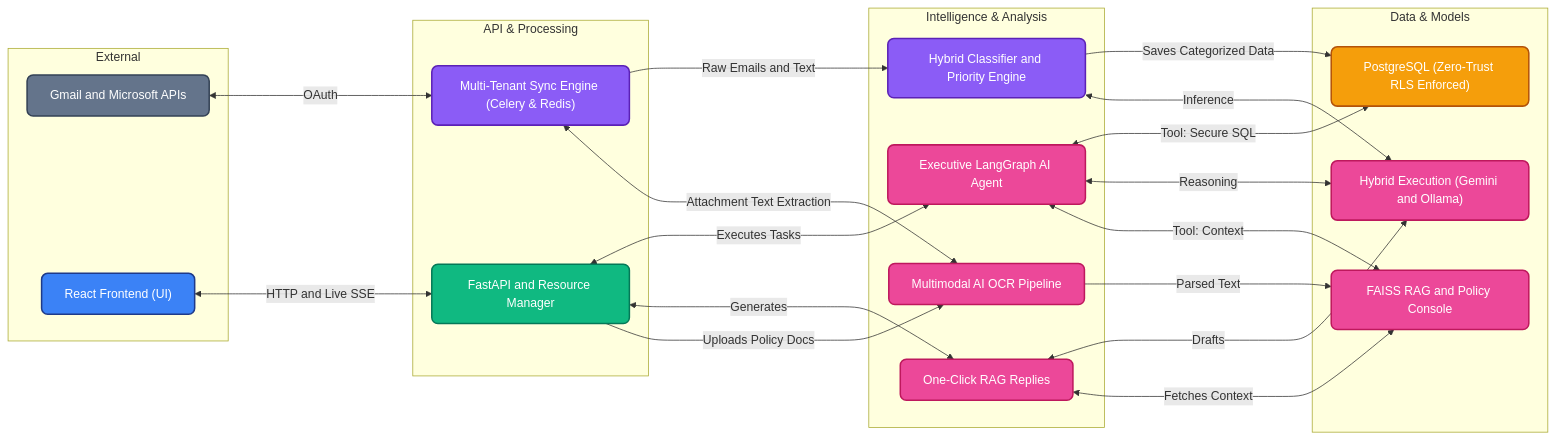
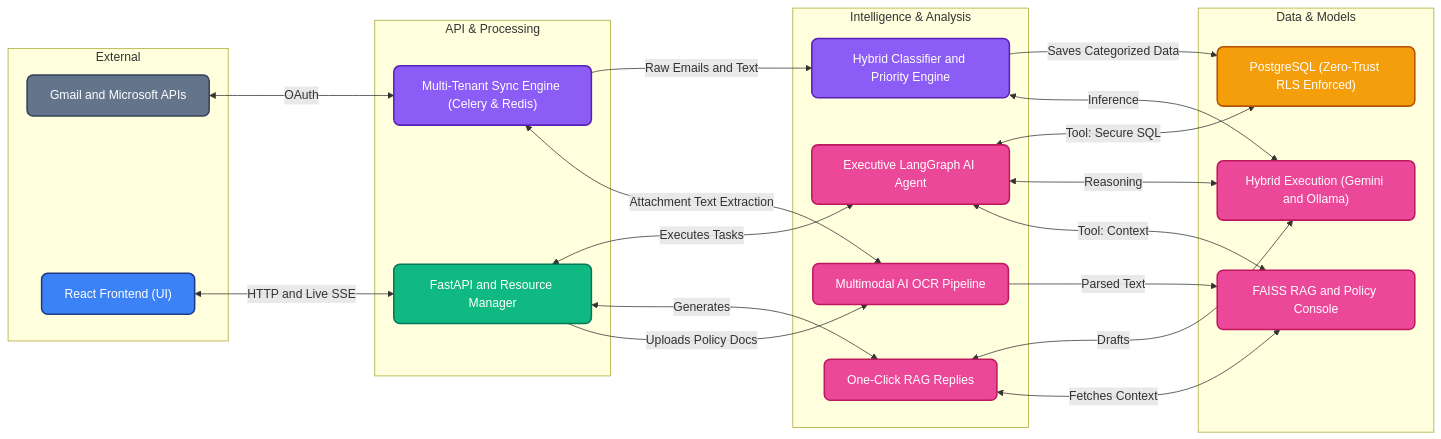
The diagram in README.md (DSMLCoEWB/EducationBatch5), drawn with Mermaid before and after one commit.

Commit message:
docs: fix mermaid syntax for github renderer

````diff
--- a/README.md
+++ b/README.md
@@ -31,61 +31,61 @@
 ```mermaid
 graph LR
     %% Subgraphs act as architectural layers (Left to Right)
     
     subgraph L1 [External]
         Mail["Gmail and Microsoft APIs"]:::external
         UI["React Frontend (UI)"]:::frontend
     end
     
     subgraph L2 [API & Processing]
         API["FastAPI and Resource Manager"]:::gateway
         Sync["Multi-Tenant Sync Engine (Celery & Redis)"]:::async
     end
     
     subgraph L3 [Intelligence & Analysis]
         Replies["One-Click RAG Replies"]:::ai
         Agent["Executive LangGraph AI Agent"]:::ai
         OCR["Multimodal AI OCR Pipeline"]:::ai
         Triage["Hybrid Classifier and Priority Engine"]:::async
     end
     
     subgraph L4 [Data & Models]
         RAG["FAISS RAG and Policy Console"]:::ai
         Models["Hybrid Execution (Gemini and Ollama)"]:::ai
         DB["PostgreSQL (Zero-Trust RLS Enforced)"]:::data
     end
 
     %% Email Ingestion Flow
-    Mail <--->|OAuth| Sync
-    Sync <--->|Attachment Text Extraction| OCR
-    Sync --->|Raw Emails and Text| Triage
+    Mail <-->|OAuth| Sync
+    Sync <-->|Attachment Text Extraction| OCR
+    Sync -->|Raw Emails and Text| Triage
     
     %% Policy Ingestion Flow
-    API --->|Uploads Policy Docs| OCR
+    API -->|Uploads Policy Docs| OCR
     
     %% User Interaction Flow
-    UI <--->|HTTP and Live SSE| API
-    API <--->|Generates| Replies
-    API <--->|Executes Tasks| Agent
+    UI <-->|HTTP and Live SSE| API
+    API <-->|Generates| Replies
+    API <-->|Executes Tasks| Agent
     
     %% Cross-Layer RAG Connections
-    Replies <--->|Fetches Context| RAG
-    Agent <--->|Tool: Context| RAG
-    OCR --->|Parsed Text| RAG
+    Replies <-->|Fetches Context| RAG
+    Agent <-->|Tool: Context| RAG
+    OCR -->|Parsed Text| RAG
 
     %% Cross-Layer Model Connections
-    Replies <--->|Drafts| Models
-    Agent <--->|Reasoning| Models
-    Triage <--->|Inference| Models
+    Replies <-->|Drafts| Models
+    Agent <-->|Reasoning| Models
+    Triage <-->|Inference| Models
 
     %% Cross-Layer DB Connections
-    Agent <--->|Tool: Secure SQL| DB
-    Triage --->|Saves Categorized Data| DB
+    Agent <-->|Tool: Secure SQL| DB
+    Triage -->|Saves Categorized Data| DB
     
     classDef frontend fill:#3b82f6,stroke:#1e3a8a,stroke-width:2px,color:#fff,rx:8,ry:8
     classDef gateway fill:#10b981,stroke:#047857,stroke-width:2px,color:#fff,rx:8,ry:8
     classDef async fill:#8b5cf6,stroke:#5b21b6,stroke-width:2px,color:#fff,rx:8,ry:8
     classDef ai fill:#ec4899,stroke:#be185d,stroke-width:2px,color:#fff,rx:8,ry:8
     classDef data fill:#f59e0b,stroke:#b45309,stroke-width:2px,color:#fff,rx:8,ry:8
     classDef external fill:#64748b,stroke:#334155,stroke-width:2px,color:#fff,rx:8,ry:8
 ```
````
